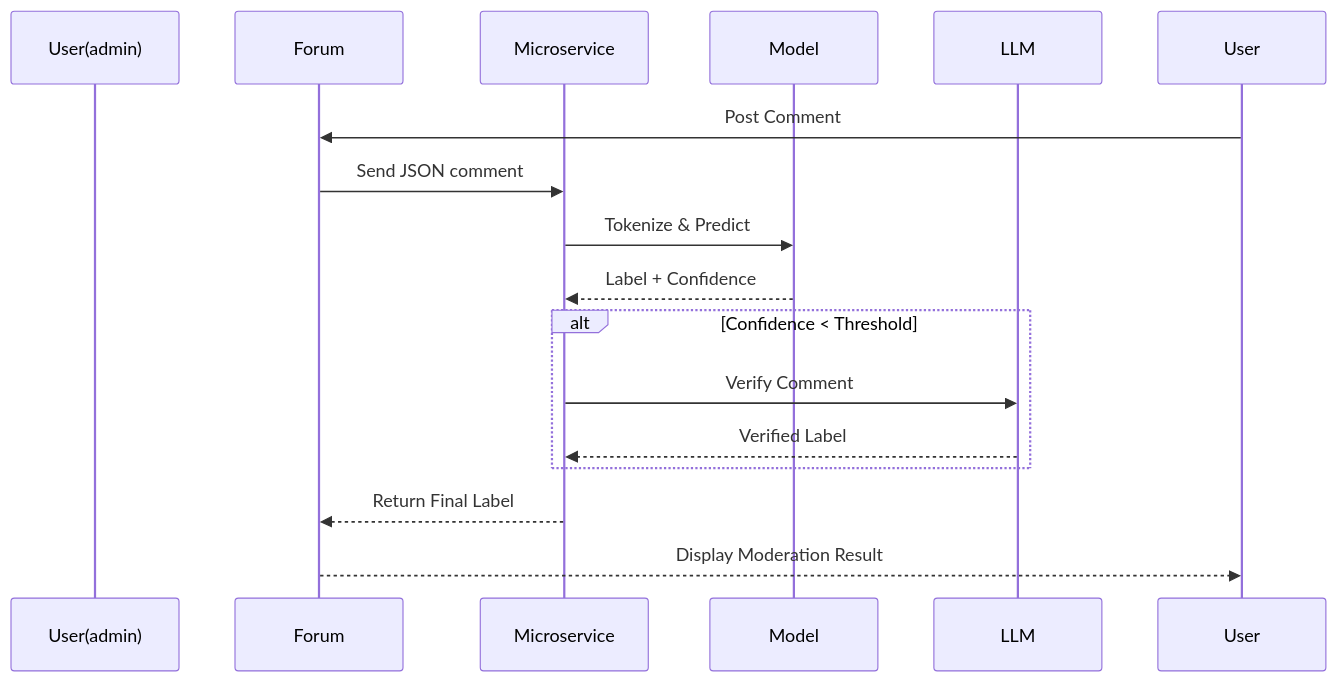
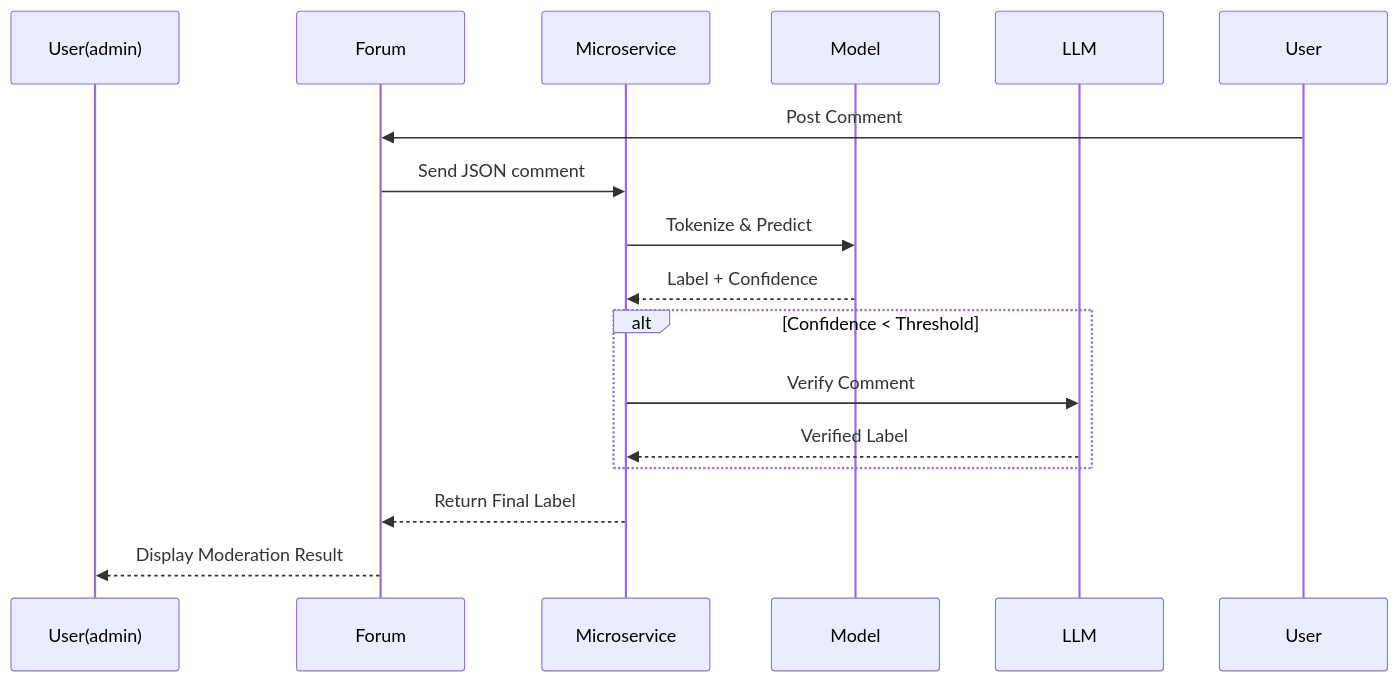
Before and after one commit to ismiljanic/SyntaxBase-moderation-microservice: the second of 2 diagrams in docs/architecture.md, drawn with Mermaid. The commit also changed 3 other files, not shown here.

````diff
--- a/docs/architecture.md
+++ b/docs/architecture.md
@@ -78,20 +78,20 @@
 ```mermaid
 sequenceDiagram
     participant User(admin)
     participant Forum
     participant Microservice
     participant Model
     participant LLM
 
     User->>Forum: Post Comment
     Forum->>Microservice: Send JSON comment
     Microservice->>Model: Tokenize & Predict
     Model-->>Microservice: Label + Confidence
     alt Confidence < Threshold
         Microservice->>LLM: Verify Comment
         LLM-->>Microservice: Verified Label
     end
     Microservice-->>Forum: Return Final Label
-    Forum-->>User: Display Moderation Result
+    Forum-->>User(admin): Display Moderation Result
 
 ```
````
